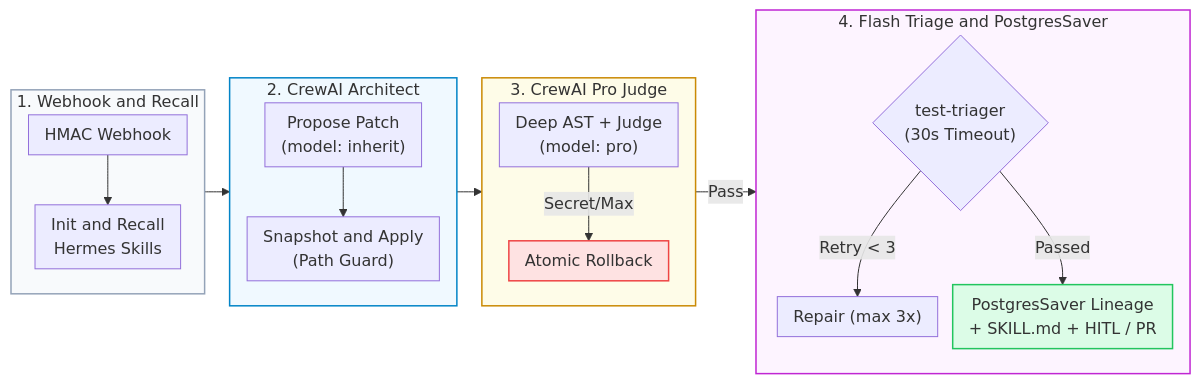
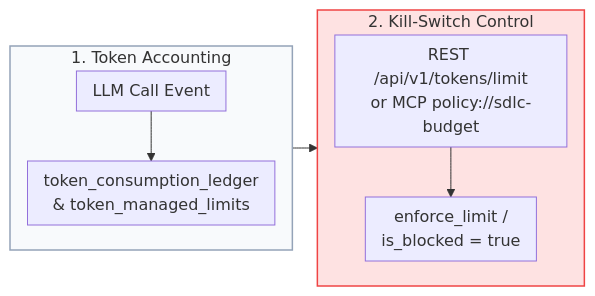
One commit to Kenono2000/enterprise-rag-pgvector-rbac changed the eighth of 12 diagrams in README.md. Above: the diagram before and after it, drawn with Mermaid. The commit also changed other lines of this file, not shown here.

Commit message:
docs: update README navigation, diagrams, and section numbering

````diff
--- a/README.md
+++ b/README.md
@@ -291,30 +246,15 @@
 ```mermaid
 %%{init: {'flowchart': {'nodeSpacing': 15, 'rankSpacing': 25, 'padding': 8}}}%%
 flowchart LR
-    subgraph Intake ["1. Webhook and Recall"]
+    subgraph Ledger ["1. Token Accounting"]
         direction TB
-        Hook["HMAC Webhook"] --> Init["Init and Recall<br/>Hermes Skills"]
+        Event["LLM Call Event"] --> DB["token_consumption_ledger<br/>&amp; token_managed_limits"]
     end
-    subgraph Gen ["2. CrewAI Architect"]
+    subgraph Shutoff ["2. Kill-Switch Control"]
         direction TB
-        Propose["Propose Patch<br/>(model: inherit)"] --> Apply["Snapshot and Apply<br/>(Path Guard)"]
+        API["REST /api/v1/tokens/limit<br/>or MCP policy://sdlc-budget"] --> Flag["enforce_limit /<br/>is_blocked = true"]
     end
-    subgraph Audit ["3. CrewAI Pro Judge"]
-        direction TB
-        Inspect["Deep AST + Judge<br/>(model: pro)"] -->|"Secret/Max"| Reject["Atomic Rollback"]
-    end
-    subgraph Verify ["4. Flash Triage and PostgresSaver"]
-        direction TB
-        Test{"test-triager<br/>(30s Timeout)"} -->|"Retry &lt; 3"| Repair["Repair (max 3x)"]
-        Test -->|"Passed"| Hermes["PostgresSaver Lineage<br/>+ SKILL.md + HITL / PR"]
-    end
-    Intake --> Gen
-    Gen --> Audit
-    Audit -->|"Pass"| Verify
-    style Intake fill:#f8fafc,stroke:#94a3b8,stroke-width:1.5px
-    style Gen fill:#f0f9ff,stroke:#0284c7,stroke-width:1.5px
-    style Audit fill:#fefce8,stroke:#ca8a04,stroke-width:1.5px
-    style Verify fill:#fdf4ff,stroke:#c026d3,stroke-width:1.5px
-    style Reject fill:#fee2e2,stroke:#ef4444,stroke-width:1.5px
-    style Hermes fill:#dcfce7,stroke:#22c55e,stroke-width:1.5px
+    Ledger --> Shutoff
+    style Ledger fill:#f8fafc,stroke:#94a3b8,stroke-width:1.5px
+    style Shutoff fill:#fee2e2,stroke:#ef4444,stroke-width:1.5px
 ```
````
